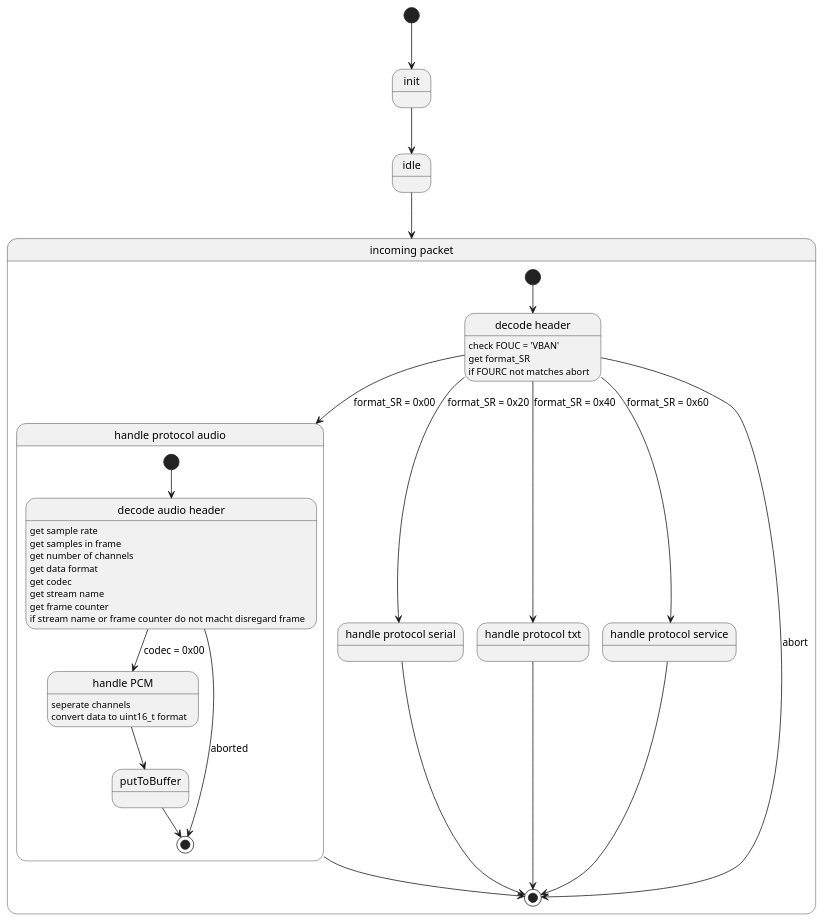
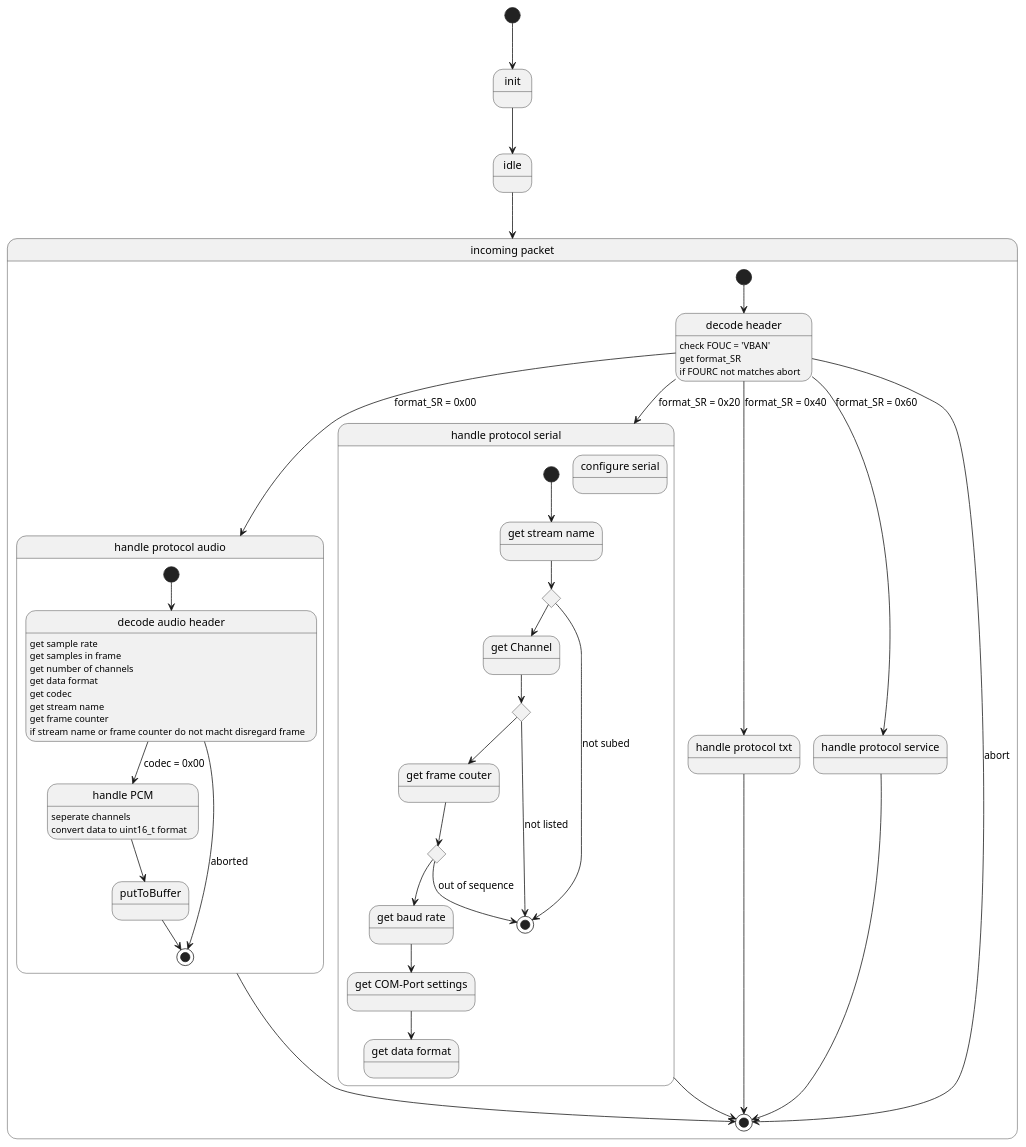
One commit to BrokuLP/VBAN_LIB changed the diagram in docs/architecture.puml. Above: the diagram before and after it, drawn with PlantUML.

Commit message:
started serial protocol architecture

```diff
--- a/docs/architecture.puml
+++ b/docs/architecture.puml
@@ -1,63 +1,94 @@
 @startuml state
     [*] --> init
     init --> idle
     idle --> recvPacket
     
     
     
 
     state "incoming packet" as recvPacket {
         [*] -d-> decHeader
 
         decHeader -d-> handelProtAudio : format_SR = 0x00
         decHeader -d-> handelProtSerial : format_SR = 0x20
         decHeader -d-> handelProtTxt : format_SR = 0x40
         decHeader -d-> handelProtService : format_SR = 0x60
         
         decHeader -d-> [*] : abort
         handelProtAudio -d-> [*]
         handelProtSerial -d-> [*]
         handelProtTxt -d-> [*]
         handelProtService -d-> [*]
 
         state "decode header" as decHeader{
             decHeader : check FOUC = 'VBAN'
             decHeader : get format_SR 
             decHeader : if FOURC not matches abort
         }
         state "handle protocol audio" as  handelProtAudio{
             [*] -d-> decAudioHeader
             decAudioHeader -d-> handlePCM : codec = 0x00
             handlePCM -d-> putToBuffer
             putToBuffer -d-> [*]
             decAudioHeader -d-> [*] : aborted
 
             state "decode audio header" as decAudioHeader {
                 decAudioHeader : get sample rate
                 decAudioHeader : get samples in frame
                 decAudioHeader : get number of channels
                 decAudioHeader : get data format
                 decAudioHeader : get codec
                 decAudioHeader : get stream name
                 decAudioHeader : get frame counter
                 decAudioHeader : if stream name or frame counter do not macht disregard frame
             }
             state "handle PCM" as handlePCM {
                 handlePCM : seperate channels
                 handlePCM : convert data to uint16_t format
             }
             
         }
         state "handle protocol serial" as  handelProtSerial{
+            state "get stream name" as protSerial_getStreamName
+            state protSerial_checkStreamName <<choice>>
+            state "get Channel" as protSerial_getChannel
+            state protSerial_checkChannel <<choice>>
+            state "get frame couter" as protSerial_getFrameCounter
+            state protSerial_checkSequence <<choice>>
+            state "get baud rate" as protSerial_getBaudRate
+            state "get COM-Port settings" as protSerial_getComSetting            
+            state "get data format" as protSerial_getDataFormat
             
+            
+
+            state "configure serial" as protSerial_confSerialPort{
+
+            }
+
+            [*] --> protSerial_getStreamName
+            protSerial_getStreamName --> protSerial_checkStreamName
+            
+            protSerial_checkStreamName --> [*] : not subed
+            protSerial_checkStreamName --> protSerial_getChannel
+
+            protSerial_getChannel --> protSerial_checkChannel
+            protSerial_checkChannel --> [*] : not listed
+            protSerial_checkChannel --> protSerial_getFrameCounter
+            protSerial_getFrameCounter --> protSerial_checkSequence
+            protSerial_checkSequence --> [*] : out of sequence 
+            protSerial_checkSequence --> protSerial_getBaudRate
+            protSerial_getBaudRate --> protSerial_getComSetting
+            protSerial_getComSetting --> protSerial_getDataFormat
+            
+
         }
         state "handle protocol txt" as  handelProtTxt{
             
         }
         state "handle protocol service" as  handelProtService{
             
         }
         
     }
     
 @enduml
```
